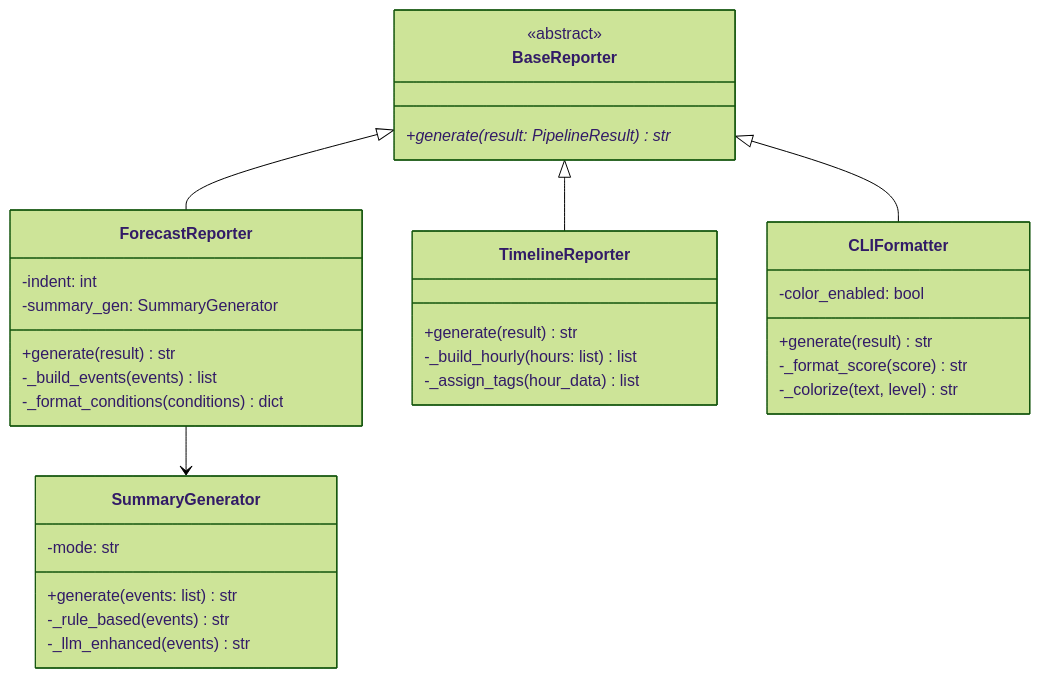
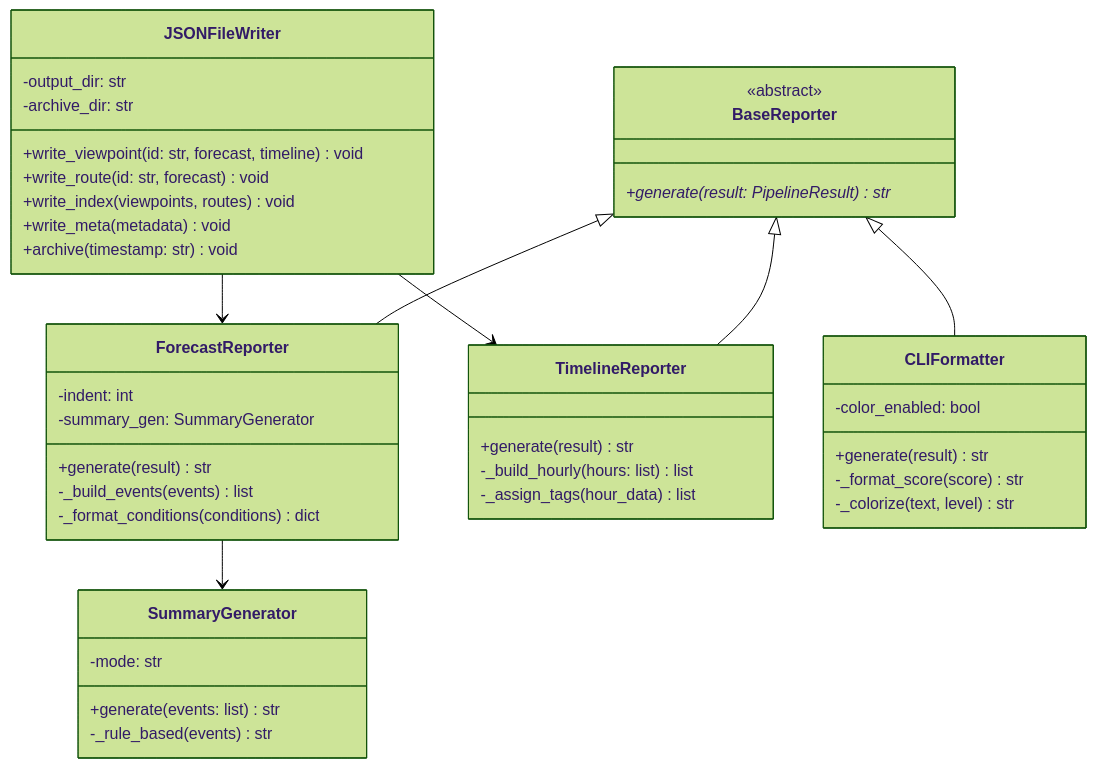
Before and after one commit to mpb159753/golden-moment-predictor: the fourth of 12 diagrams in design/06-class-sequence.md, drawn with Mermaid (forest theme). The commit also changed other lines of this file and 9 other files, not shown here.

````diff
--- a/design/06-class-sequence.md
+++ b/design/06-class-sequence.md
@@ -264,40 +268,51 @@
 ```mermaid
 classDiagram
     class BaseReporter {
         <<abstract>>
         +generate(result: PipelineResult)* str
     }
 
     class ForecastReporter {
         -indent: int
         -summary_gen: SummaryGenerator
         +generate(result) str
         -_build_events(events) list
         -_format_conditions(conditions) dict
     }
 
     class TimelineReporter {
         +generate(result) str
         -_build_hourly(hours: list) list
         -_assign_tags(hour_data) list
     }
 
     class SummaryGenerator {
         -mode: str
         +generate(events: list) str
         -_rule_based(events) str
-        -_llm_enhanced(events) str
     }
 
     class CLIFormatter {
         -color_enabled: bool
         +generate(result) str
         -_format_score(score) str
         -_colorize(text, level) str
     }
 
+    class JSONFileWriter {
+        -output_dir: str
+        -archive_dir: str
+        +write_viewpoint(id: str, forecast, timeline) void
+        +write_route(id: str, forecast) void
+        +write_index(viewpoints, routes) void
+        +write_meta(metadata) void
+        +archive(timestamp: str) void
+    }
+
     BaseReporter <|-- ForecastReporter
     BaseReporter <|-- TimelineReporter
     BaseReporter <|-- CLIFormatter
     ForecastReporter --> SummaryGenerator
+    JSONFileWriter --> ForecastReporter
+    JSONFileWriter --> TimelineReporter
 ```
````
